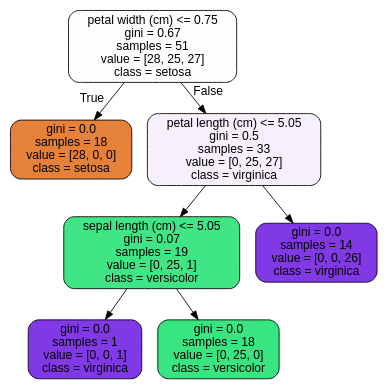
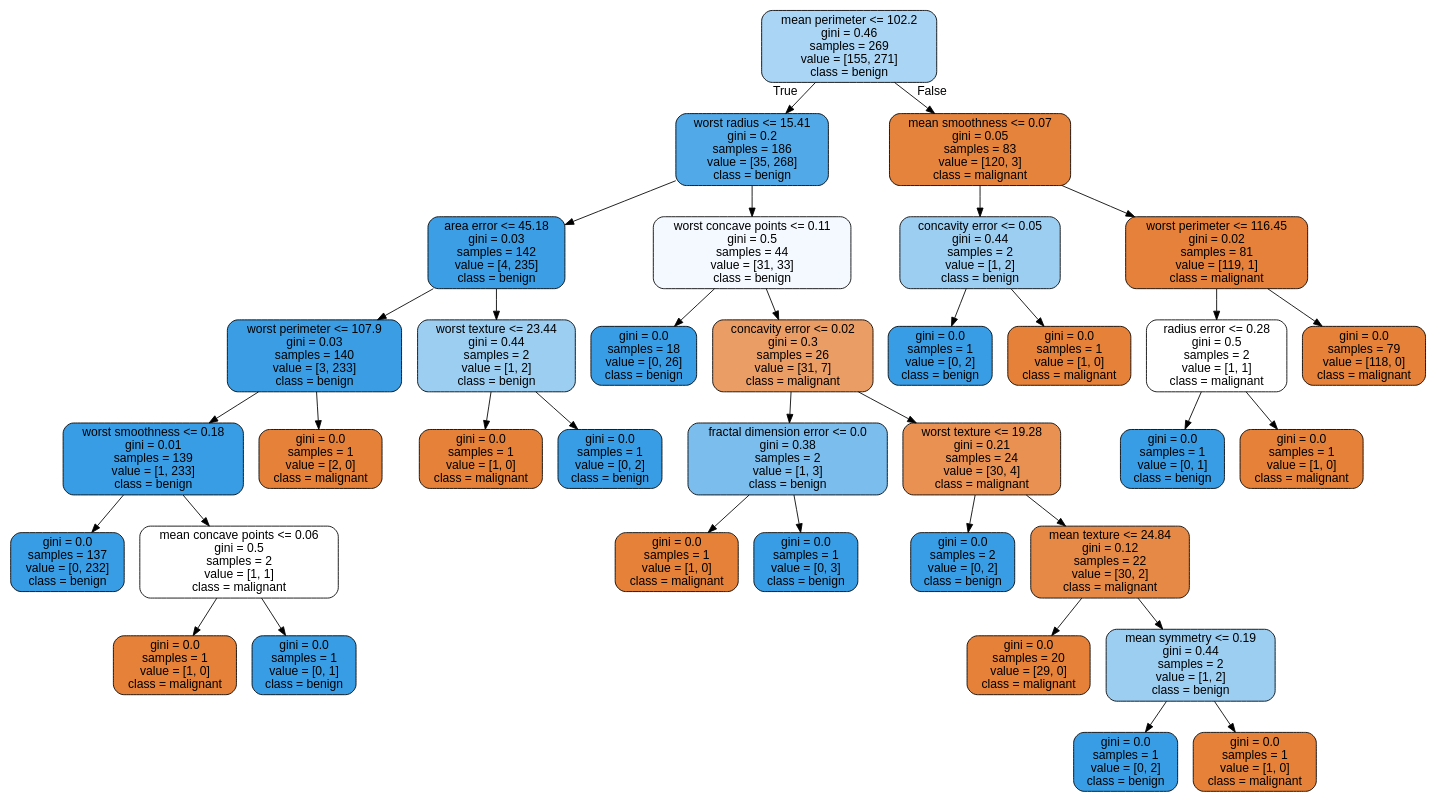
Before and after one commit to cyrilvincent/ML: the diagram in src/tree.dot, drawn with Graphviz. The commit also changed 8 other files, not shown here.

```diff
--- a/src/tree.dot
+++ b/src/tree.dot
@@ -1,17 +1,73 @@
 digraph Tree {
 node [shape=box, style="filled, rounded", color="black", fontname=helvetica] ;
 edge [fontname=helvetica] ;
-0 [label="petal width (cm) <= 0.75\ngini = 0.67\nsamples = 51\nvalue = [28, 25, 27]\nclass = setosa", fillcolor="#e5813905"] ;
-1 [label="gini = 0.0\nsamples = 18\nvalue = [28, 0, 0]\nclass = setosa", fillcolor="#e58139ff"] ;
+0 [label="mean perimeter <= 102.2\ngini = 0.46\nsamples = 269\nvalue = [155, 271]\nclass = benign", fillcolor="#399de56d"] ;
+1 [label="worst radius <= 15.41\ngini = 0.2\nsamples = 186\nvalue = [35, 268]\nclass = benign", fillcolor="#399de5de"] ;
 0 -> 1 [labeldistance=2.5, labelangle=45, headlabel="True"] ;
-2 [label="petal length (cm) <= 5.05\ngini = 0.5\nsamples = 33\nvalue = [0, 25, 27]\nclass = virginica", fillcolor="#8139e513"] ;
-0 -> 2 [labeldistance=2.5, labelangle=-45, headlabel="False"] ;
-3 [label="sepal length (cm) <= 5.05\ngini = 0.07\nsamples = 19\nvalue = [0, 25, 1]\nclass = versicolor", fillcolor="#39e581f5"] ;
+2 [label="area error <= 45.18\ngini = 0.03\nsamples = 142\nvalue = [4, 235]\nclass = benign", fillcolor="#399de5fb"] ;
+1 -> 2 ;
+3 [label="worst perimeter <= 107.9\ngini = 0.03\nsamples = 140\nvalue = [3, 233]\nclass = benign", fillcolor="#399de5fc"] ;
 2 -> 3 ;
-4 [label="gini = 0.0\nsamples = 1\nvalue = [0, 0, 1]\nclass = virginica", fillcolor="#8139e5ff"] ;
+4 [label="worst smoothness <= 0.18\ngini = 0.01\nsamples = 139\nvalue = [1, 233]\nclass = benign", fillcolor="#399de5fe"] ;
 3 -> 4 ;
-5 [label="gini = 0.0\nsamples = 18\nvalue = [0, 25, 0]\nclass = versicolor", fillcolor="#39e581ff"] ;
-3 -> 5 ;
-6 [label="gini = 0.0\nsamples = 14\nvalue = [0, 0, 26]\nclass = virginica", fillcolor="#8139e5ff"] ;
-2 -> 6 ;
+5 [label="gini = 0.0\nsamples = 137\nvalue = [0, 232]\nclass = benign", fillcolor="#399de5ff"] ;
+4 -> 5 ;
+6 [label="mean concave points <= 0.06\ngini = 0.5\nsamples = 2\nvalue = [1, 1]\nclass = malignant", fillcolor="#e5813900"] ;
+4 -> 6 ;
+7 [label="gini = 0.0\nsamples = 1\nvalue = [1, 0]\nclass = malignant", fillcolor="#e58139ff"] ;
+6 -> 7 ;
+8 [label="gini = 0.0\nsamples = 1\nvalue = [0, 1]\nclass = benign", fillcolor="#399de5ff"] ;
+6 -> 8 ;
+9 [label="gini = 0.0\nsamples = 1\nvalue = [2, 0]\nclass = malignant", fillcolor="#e58139ff"] ;
+3 -> 9 ;
+10 [label="worst texture <= 23.44\ngini = 0.44\nsamples = 2\nvalue = [1, 2]\nclass = benign", fillcolor="#399de57f"] ;
+2 -> 10 ;
+11 [label="gini = 0.0\nsamples = 1\nvalue = [1, 0]\nclass = malignant", fillcolor="#e58139ff"] ;
+10 -> 11 ;
+12 [label="gini = 0.0\nsamples = 1\nvalue = [0, 2]\nclass = benign", fillcolor="#399de5ff"] ;
+10 -> 12 ;
+13 [label="worst concave points <= 0.11\ngini = 0.5\nsamples = 44\nvalue = [31, 33]\nclass = benign", fillcolor="#399de50f"] ;
+1 -> 13 ;
+14 [label="gini = 0.0\nsamples = 18\nvalue = [0, 26]\nclass = benign", fillcolor="#399de5ff"] ;
+13 -> 14 ;
+15 [label="concavity error <= 0.02\ngini = 0.3\nsamples = 26\nvalue = [31, 7]\nclass = malignant", fillcolor="#e58139c5"] ;
+13 -> 15 ;
+16 [label="fractal dimension error <= 0.0\ngini = 0.38\nsamples = 2\nvalue = [1, 3]\nclass = benign", fillcolor="#399de5aa"] ;
+15 -> 16 ;
+17 [label="gini = 0.0\nsamples = 1\nvalue = [1, 0]\nclass = malignant", fillcolor="#e58139ff"] ;
+16 -> 17 ;
+18 [label="gini = 0.0\nsamples = 1\nvalue = [0, 3]\nclass = benign", fillcolor="#399de5ff"] ;
+16 -> 18 ;
+19 [label="worst texture <= 19.28\ngini = 0.21\nsamples = 24\nvalue = [30, 4]\nclass = malignant", fillcolor="#e58139dd"] ;
+15 -> 19 ;
+20 [label="gini = 0.0\nsamples = 2\nvalue = [0, 2]\nclass = benign", fillcolor="#399de5ff"] ;
+19 -> 20 ;
+21 [label="mean texture <= 24.84\ngini = 0.12\nsamples = 22\nvalue = [30, 2]\nclass = malignant", fillcolor="#e58139ee"] ;
+19 -> 21 ;
+22 [label="gini = 0.0\nsamples = 20\nvalue = [29, 0]\nclass = malignant", fillcolor="#e58139ff"] ;
+21 -> 22 ;
+23 [label="mean symmetry <= 0.19\ngini = 0.44\nsamples = 2\nvalue = [1, 2]\nclass = benign", fillcolor="#399de57f"] ;
+21 -> 23 ;
+24 [label="gini = 0.0\nsamples = 1\nvalue = [0, 2]\nclass = benign", fillcolor="#399de5ff"] ;
+23 -> 24 ;
+25 [label="gini = 0.0\nsamples = 1\nvalue = [1, 0]\nclass = malignant", fillcolor="#e58139ff"] ;
+23 -> 25 ;
+26 [label="mean smoothness <= 0.07\ngini = 0.05\nsamples = 83\nvalue = [120, 3]\nclass = malignant", fillcolor="#e58139f9"] ;
+0 -> 26 [labeldistance=2.5, labelangle=-45, headlabel="False"] ;
+27 [label="concavity error <= 0.05\ngini = 0.44\nsamples = 2\nvalue = [1, 2]\nclass = benign", fillcolor="#399de57f"] ;
+26 -> 27 ;
+28 [label="gini = 0.0\nsamples = 1\nvalue = [0, 2]\nclass = benign", fillcolor="#399de5ff"] ;
+27 -> 28 ;
+29 [label="gini = 0.0\nsamples = 1\nvalue = [1, 0]\nclass = malignant", fillcolor="#e58139ff"] ;
+27 -> 29 ;
+30 [label="worst perimeter <= 116.45\ngini = 0.02\nsamples = 81\nvalue = [119, 1]\nclass = malignant", fillcolor="#e58139fd"] ;
+26 -> 30 ;
+31 [label="radius error <= 0.28\ngini = 0.5\nsamples = 2\nvalue = [1, 1]\nclass = malignant", fillcolor="#e5813900"] ;
+30 -> 31 ;
+32 [label="gini = 0.0\nsamples = 1\nvalue = [0, 1]\nclass = benign", fillcolor="#399de5ff"] ;
+31 -> 32 ;
+33 [label="gini = 0.0\nsamples = 1\nvalue = [1, 0]\nclass = malignant", fillcolor="#e58139ff"] ;
+31 -> 33 ;
+34 [label="gini = 0.0\nsamples = 79\nvalue = [118, 0]\nclass = malignant", fillcolor="#e58139ff"] ;
+30 -> 34 ;
 }
```
